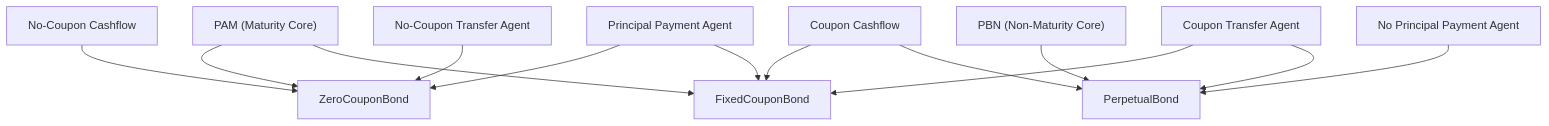
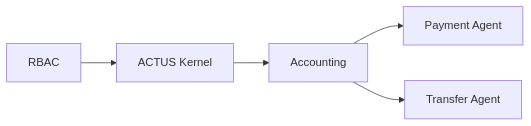
One commit to cusma/d-asa changed the first of 5 diagrams in docs/implementation/architecture.md. Above: the diagram before and after it, drawn with Mermaid. The commit also changed other lines of this file and 107 other files, not shown here.

````diff
--- a/docs/implementation/architecture.md
+++ b/docs/implementation/architecture.md
@@ -106,18 +6,7 @@
 ```mermaid
-flowchart TD
-  PAM["PAM (Maturity Core)"] --> Z["ZeroCouponBond"]
-  PAM --> F["FixedCouponBond"]
-  PBN["PBN (Non-Maturity Core)"] --> P["PerpetualBond"]
-
-  NOC["No-Coupon Cashflow"] --> Z
-  CUP["Coupon Cashflow"] --> F
-  CUP --> P
-
-  PRIN["Principal Payment Agent"] --> Z
-  PRIN --> F
-  NOPR["No Principal Payment Agent"] --> P
-
-  TRN["No-Coupon Transfer Agent"] --> Z
-  TRC["Coupon Transfer Agent"] --> F
-  TRC --> P
+flowchart LR
+  RBAC["RBAC"] --> KERNEL["ACTUS Kernel"]
+  KERNEL --> ACCOUNTING["Accounting"]
+  ACCOUNTING --> PAYMENT["Payment Agent"]
+  ACCOUNTING --> TRANSFER["Transfer Agent"]
 ```
````
